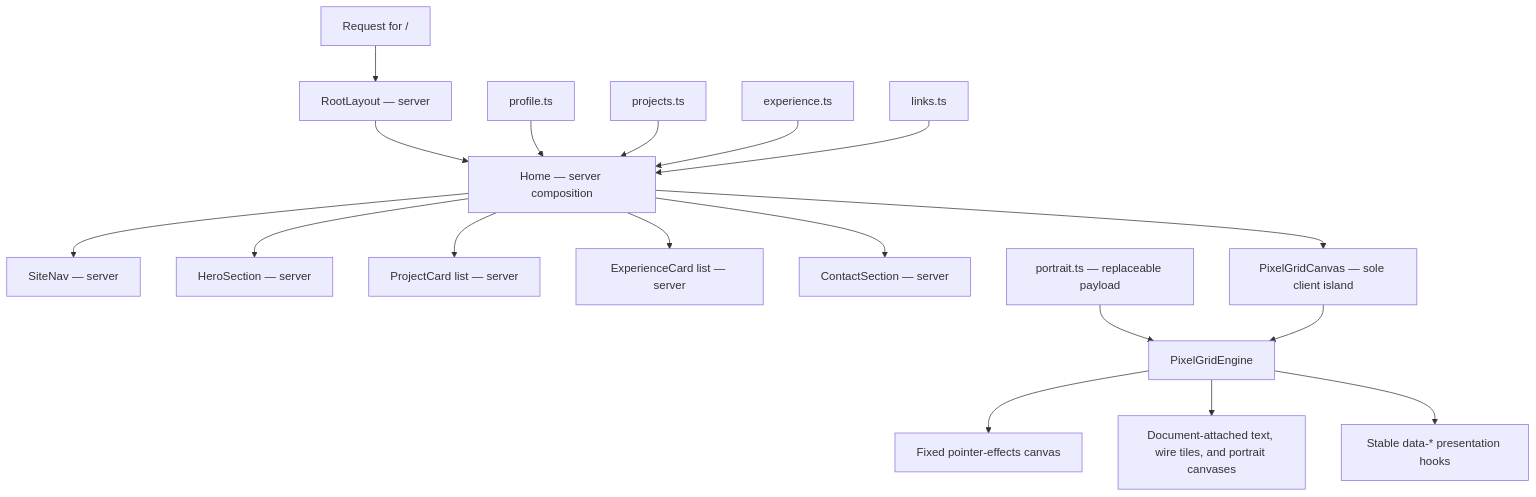
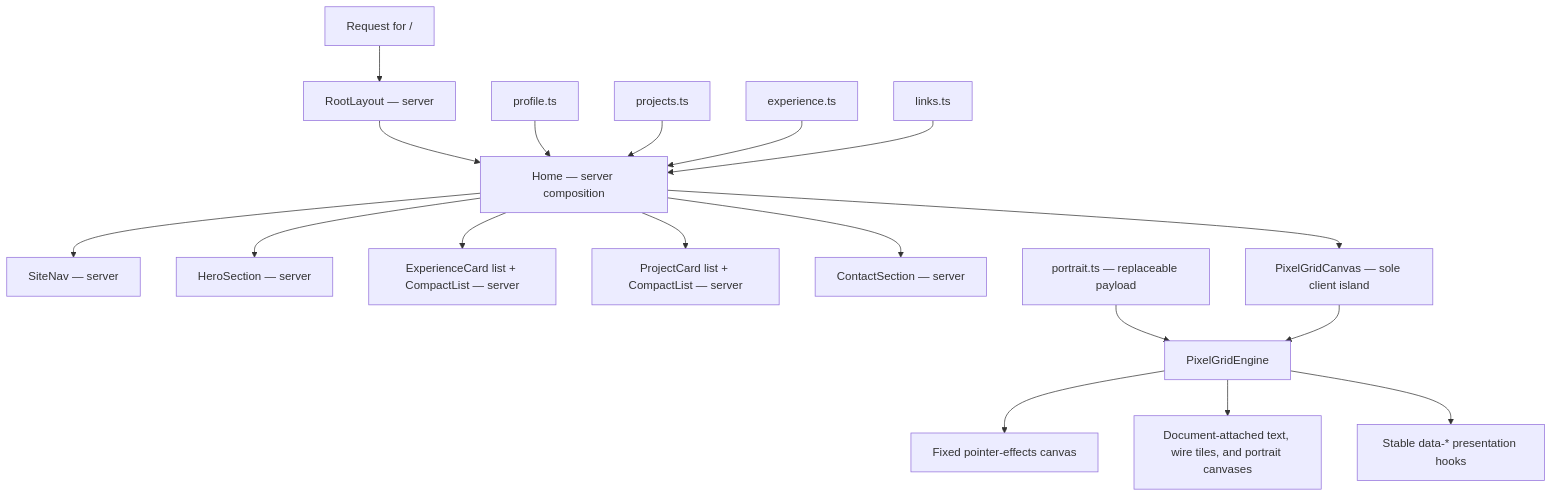
Before and after one commit to amitojsingh366/amitoj.net: the second of 2 diagrams in ARCHITECTURE.md, drawn with Mermaid. The commit also changed other lines of this file and 7 other files, not shown here.

````diff
--- a/ARCHITECTURE.md
+++ b/ARCHITECTURE.md
@@ -890,22 +890,22 @@
 ```mermaid
 flowchart TD
     Request["Request for /"] --> Layout["RootLayout — server"]
     Layout --> Page["Home — server composition"]
     Profile["profile.ts"] --> Page
     Projects["projects.ts"] --> Page
     Experience["experience.ts"] --> Page
     Links["links.ts"] --> Page
 
     Page --> Nav["SiteNav — server"]
     Page --> Hero["HeroSection — server"]
-    Page --> Work["ProjectCard list — server"]
-    Page --> History["ExperienceCard list — server"]
+    Page --> ExperienceList["ExperienceCard list + CompactList — server"]
+    Page --> ProjectList["ProjectCard list + CompactList — server"]
     Page --> Contact["ContactSection — server"]
 
     Page --> Island["PixelGridCanvas — sole client island"]
     Portrait["portrait.ts — replaceable payload"] --> Engine["PixelGridEngine"]
     Island --> Engine
     Engine --> Canvas["Fixed pointer-effects canvas"]
     Engine --> Local["Document-attached text, wire tiles, and portrait canvases"]
     Engine --> Hooks["Stable data-* presentation hooks"]
 ```
````
